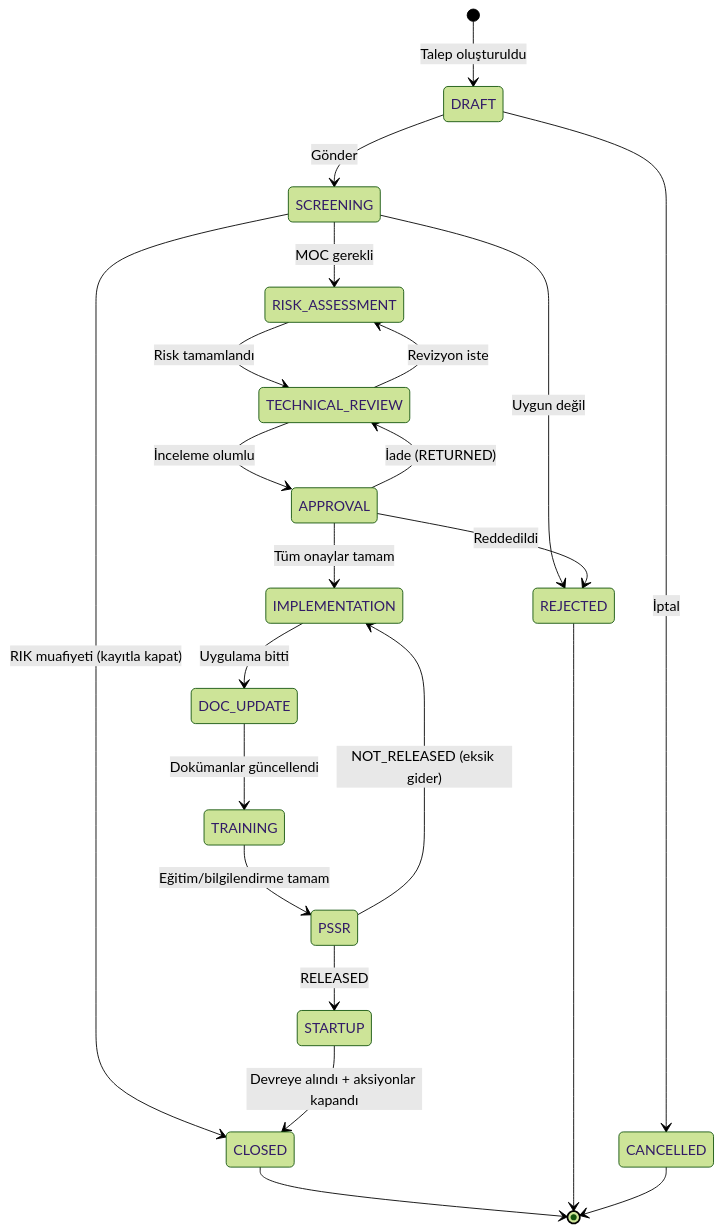
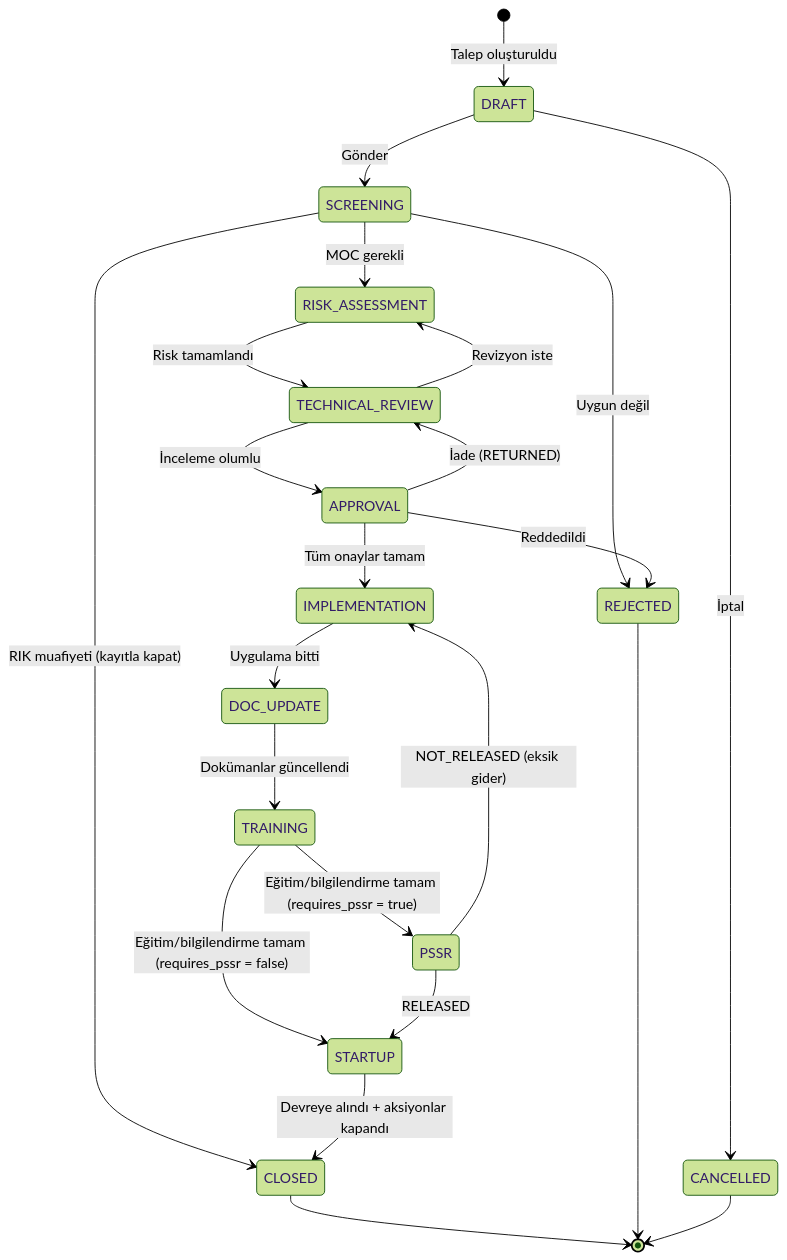
The diagram in Değişiklik Yönetimi MOC/moc_state_machine_v1.md (buluthakan86/qdataline-moc), drawn with Mermaid (forest theme) before and after one commit. The commit also changed other lines of this file and 4 other files, not shown here.

````diff
--- a/Değişiklik Yönetimi MOC/moc_state_machine_v1.md
+++ b/Değişiklik Yönetimi MOC/moc_state_machine_v1.md
@@ -21,30 +21,31 @@
 ```mermaid
 stateDiagram-v2
     [*] --> DRAFT : Talep oluşturuldu
     DRAFT --> SCREENING : Gönder
     DRAFT --> CANCELLED : İptal
 
     SCREENING --> RISK_ASSESSMENT : MOC gerekli
     SCREENING --> CLOSED : RIK muafiyeti (kayıtla kapat)
     SCREENING --> REJECTED : Uygun değil
 
     RISK_ASSESSMENT --> TECHNICAL_REVIEW : Risk tamamlandı
     TECHNICAL_REVIEW --> APPROVAL : İnceleme olumlu
     TECHNICAL_REVIEW --> RISK_ASSESSMENT : Revizyon iste
 
     APPROVAL --> IMPLEMENTATION : Tüm onaylar tamam
     APPROVAL --> REJECTED : Reddedildi
     APPROVAL --> TECHNICAL_REVIEW : İade (RETURNED)
 
     IMPLEMENTATION --> DOC_UPDATE : Uygulama bitti
     DOC_UPDATE --> TRAINING : Dokümanlar güncellendi
-    TRAINING --> PSSR : Eğitim/bilgilendirme tamam
+    TRAINING --> PSSR : Eğitim/bilgilendirme tamam (requires_pssr = true)
+    TRAINING --> STARTUP : Eğitim/bilgilendirme tamam (requires_pssr = false)
 
     PSSR --> STARTUP : RELEASED
     PSSR --> IMPLEMENTATION : NOT_RELEASED (eksik gider)
 
     STARTUP --> CLOSED : Devreye alındı + aksiyonlar kapandı
     CLOSED --> [*]
     REJECTED --> [*]
     CANCELLED --> [*]
 ```
````
